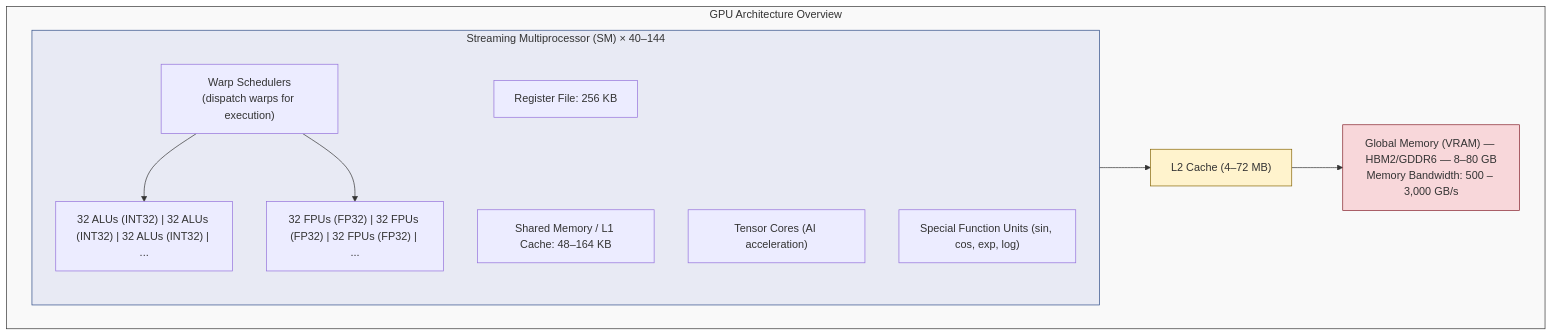
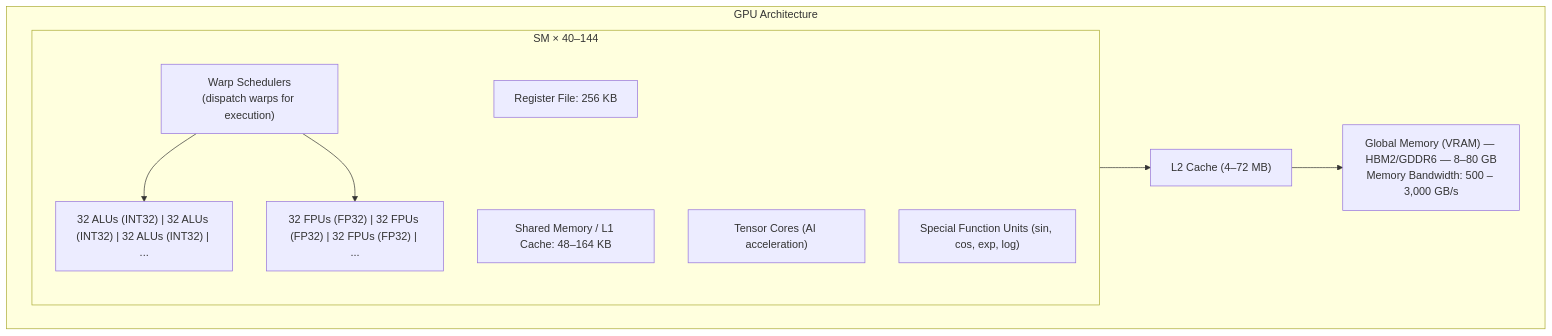
The third of 45 diagrams in docs/GPU_MAP_OPERATOR.md (alirezaazadi/renoir), drawn with Mermaid before and after one commit. The commit also changed other lines of this file, not shown here.

Commit message:
doc: fix the mermaid charts issues

````diff
--- a/docs/GPU_MAP_OPERATOR.md
+++ b/docs/GPU_MAP_OPERATOR.md
@@ -199,23 +191,18 @@
 ```mermaid
 flowchart TB
-    subgraph GPU_ARCH["GPU Architecture Overview"]
-        subgraph SM["Streaming Multiprocessor (SM) × 40–144"]
+    subgraph GPU_ARCH["GPU Architecture"]
+        subgraph SM["SM × 40–144"]
             direction TB
-            WS["Warp Schedulers\n(dispatch warps for execution)"]
+            WS["Warp Schedulers<br/>(dispatch warps for execution)"]
             WS --> ALU_ROW["32 ALUs (INT32) | 32 ALUs (INT32) | 32 ALUs (INT32) | ..."]
             WS --> FPU_ROW["32 FPUs (FP32) | 32 FPUs (FP32) | 32 FPUs (FP32) | ..."]
             TC["Tensor Cores (AI acceleration)"]
             SFU["Special Function Units (sin, cos, exp, log)"]
             REG["Register File: 256 KB"] ~~~ SHMEM["Shared Memory / L1 Cache: 48–164 KB"]
         end
 
         L2["L2 Cache (4–72 MB)"]
-        GMEM["Global Memory (VRAM) — HBM2/GDDR6 — 8–80 GB\nMemory Bandwidth: 500 – 3,000 GB/s"]
+        GMEM["Global Memory (VRAM) — HBM2/GDDR6 — 8–80 GB<br/>Memory Bandwidth: 500 – 3,000 GB/s"]
         SM --> L2 --> GMEM
     end
-
-    style GPU_ARCH fill:#f9f9f9,stroke:#333
-    style SM fill:#e8eaf4,stroke:#2d4a86
-    style L2 fill:#fff3cd,stroke:#856404
-    style GMEM fill:#f8d7da,stroke:#842029
 ```
````
